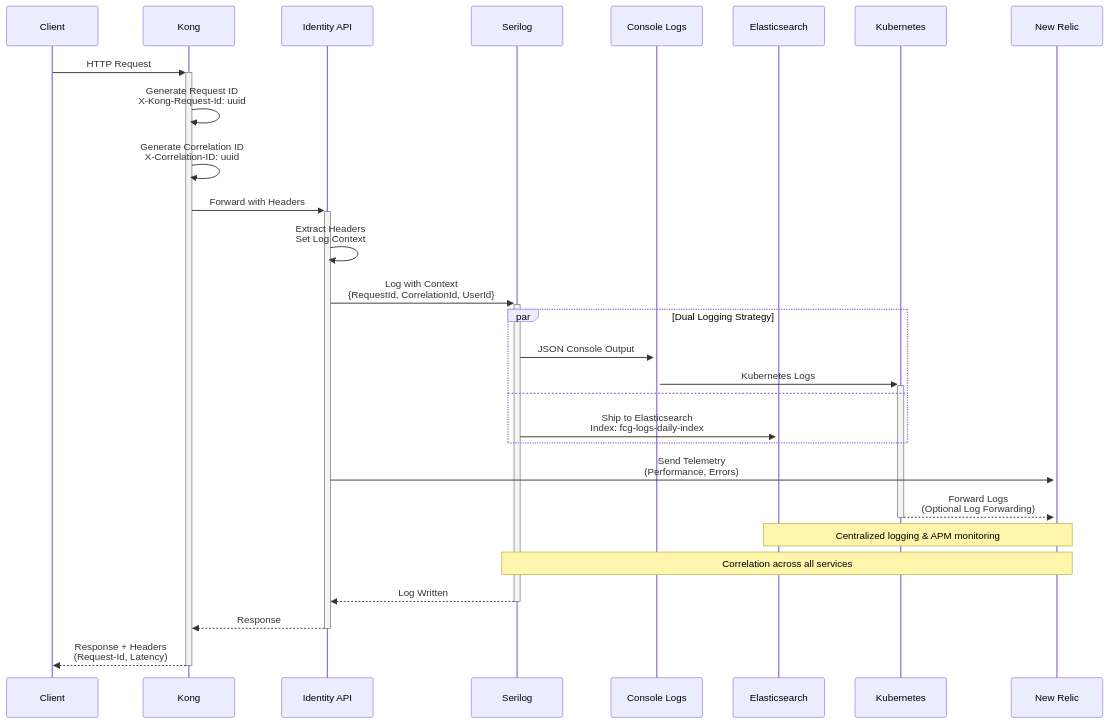
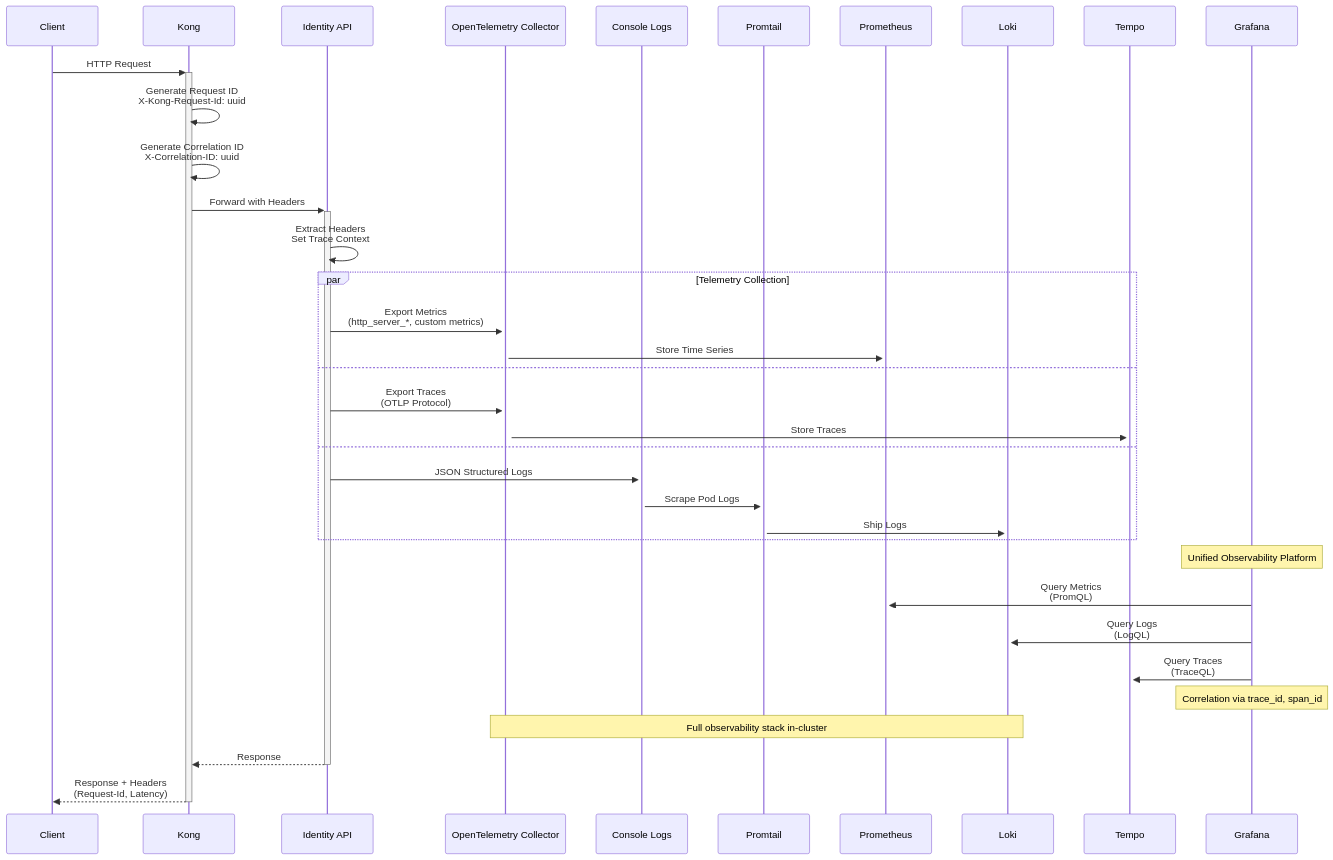
One commit to kyo1506/tec-challenge-fase-1 changed the fourth of 6 diagrams in README.md. Above: the diagram before and after it, drawn with Mermaid. The commit also changed other lines of this file and 7 other files, not shown here.

First line of the commit message:
refactor: Update observability stack to use Prometheus, Loki, Tempo, and Grafana

````diff
--- a/README.md
+++ b/README.md
@@ -179,37 +194,43 @@
 ```mermaid
 sequenceDiagram
     participant Client
     participant Kong
     participant API as Identity API
-    participant Serilog
+    participant OTEL as OpenTelemetry Collector
     participant Console as Console Logs
-    participant Elastic as Elasticsearch
-    participant K8s as Kubernetes
-    participant NR as New Relic
+    participant Promtail
+    participant Prom as Prometheus
+    participant Loki
+    participant Tempo
+    participant Grafana
 
     Client->>+Kong: HTTP Request
     Kong->>Kong: Generate Request ID<br/>X-Kong-Request-Id: uuid
     Kong->>Kong: Generate Correlation ID<br/>X-Correlation-ID: uuid#counter
     Kong->>+API: Forward with Headers
     
-    API->>API: Extract Headers<br/>Set Log Context
-    API->>+Serilog: Log with Context<br/>{RequestId, CorrelationId, UserId}
+    API->>API: Extract Headers<br/>Set Trace Context
     
-    par Dual Logging Strategy
-        Serilog->>+Console: JSON Console Output
-        Console->>+K8s: Kubernetes Logs
-    and 
-        Serilog->>+Elastic: Ship to Elasticsearch<br/>Index: fcg-logs-daily-index
+    par Telemetry Collection
+        API->>+OTEL: Export Metrics<br/>(http_server_*, custom metrics)
+        OTEL->>+Prom: Store Time Series
+    and
+        API->>+OTEL: Export Traces<br/>(OTLP Protocol)
+        OTEL->>+Tempo: Store Traces
+    and
+        API->>+Console: JSON Structured Logs
+        Console->>+Promtail: Scrape Pod Logs
+        Promtail->>+Loki: Ship Logs
     end
     
-    API->>+NR: Send Telemetry<br/>(Performance, Errors)
+    Note over Grafana: Unified Observability Platform
+    Grafana->>Prom: Query Metrics<br/>(PromQL)
+    Grafana->>Loki: Query Logs<br/>(LogQL)
+    Grafana->>Tempo: Query Traces<br/>(TraceQL)
     
-    K8s-->>-NR: Forward Logs<br/>(Optional Log Forwarding)
+    Note over Grafana: Correlation via trace_id, span_id
+    Note over OTEL,Loki: Full observability stack in-cluster
     
-    Note over Elastic,NR: Centralized logging & APM monitoring
-    Note over Serilog,NR: Correlation across all services
-    
-    Serilog-->>-API: Log Written
     API-->>-Kong: Response
     Kong-->>-Client: Response + Headers<br/>(Request-Id, Latency)
 ```
````
